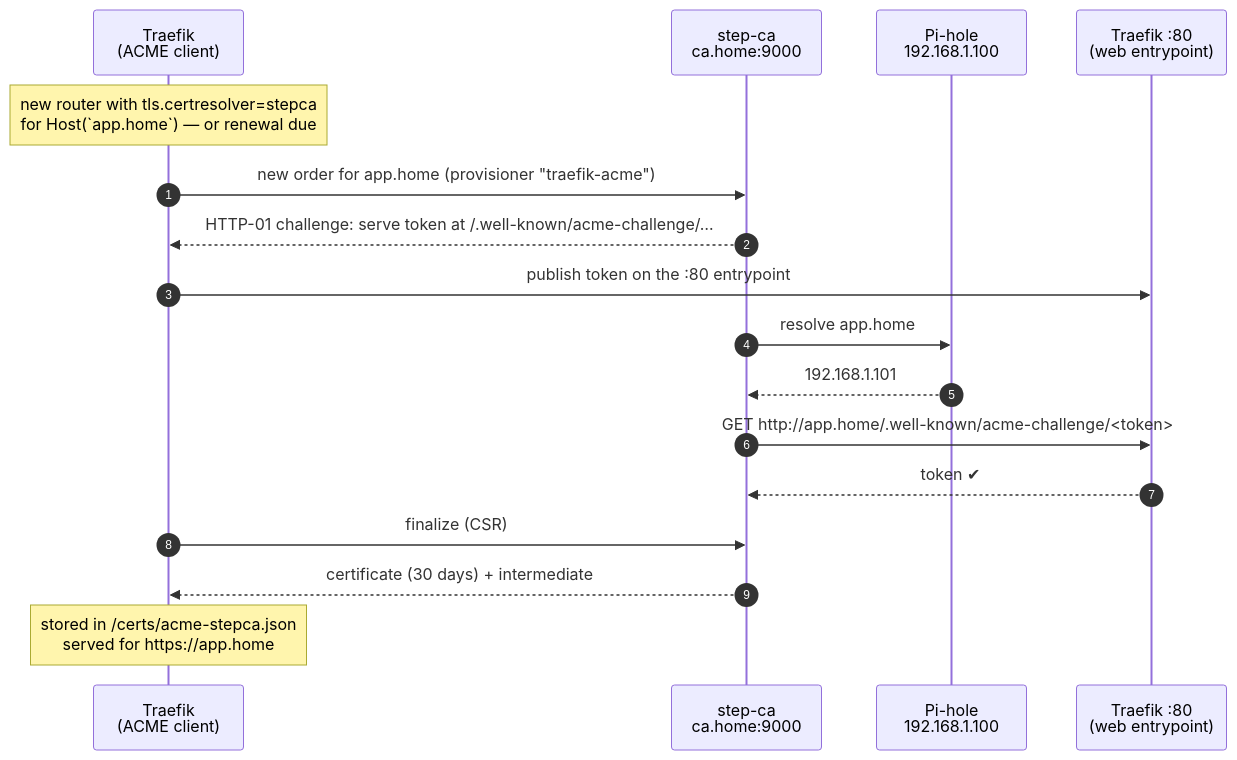
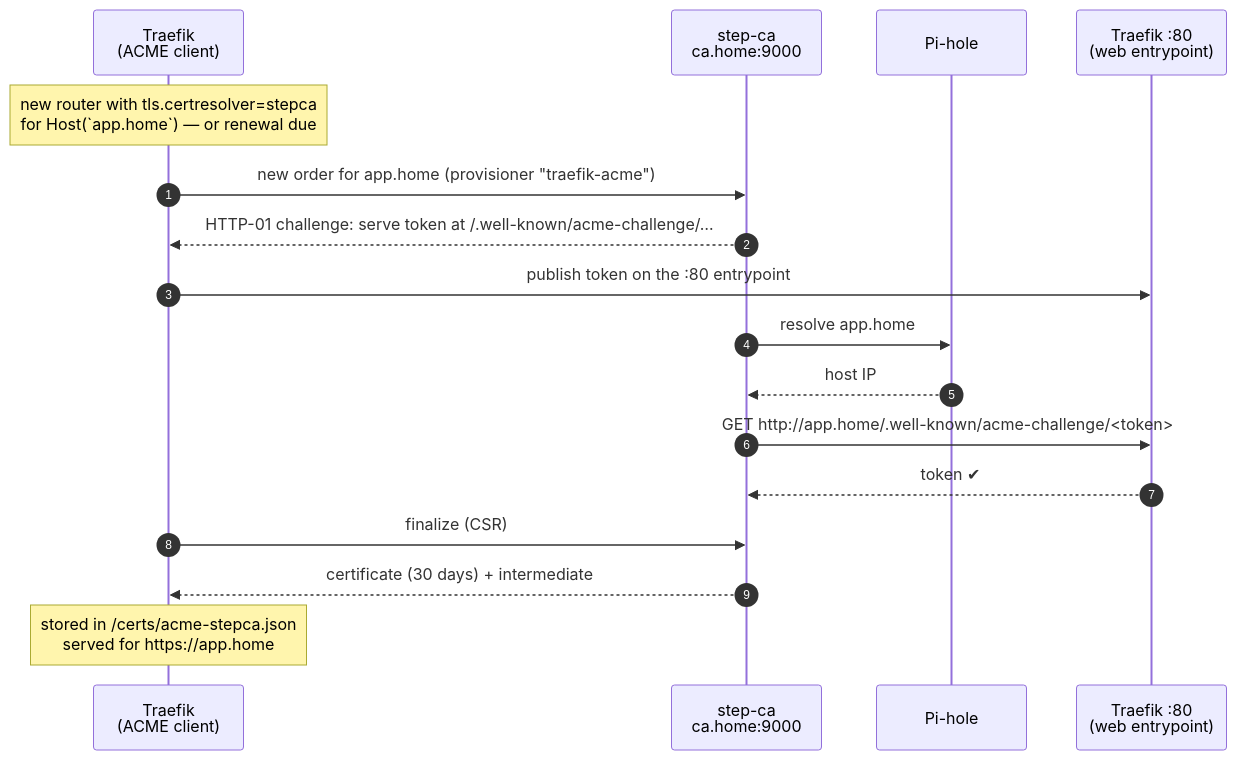
The second of 2 diagrams in docs/tls.md (xabim/homelab), drawn with Mermaid before and after one commit. The commit also changed other lines of this file and 7 other files, not shown here.

````diff
--- a/docs/tls.md
+++ b/docs/tls.md
@@ -55,20 +55,20 @@
 ```mermaid
 sequenceDiagram
     autonumber
     participant T as Traefik<br/>(ACME client)
     participant S as step-ca<br/>ca.home:9000
-    participant D as Pi-hole<br/>192.168.1.100
+    participant D as Pi-hole
     participant W as Traefik :80<br/>(web entrypoint)
 
     Note over T: new router with tls.certresolver=stepca<br/>for Host(`app.home`) — or renewal due
     T->>S: new order for app.home (provisioner "traefik-acme")
     S-->>T: HTTP-01 challenge: serve token at /.well-known/acme-challenge/…
     T->>W: publish token on the :80 entrypoint
     S->>D: resolve app.home
-    D-->>S: 192.168.1.101
+    D-->>S: host IP
     S->>W: GET http://app.home/.well-known/acme-challenge/<token>
     W-->>S: token ✔
     T->>S: finalize (CSR)
     S-->>T: certificate (30 days) + intermediate
     Note over T: stored in /certs/acme-stepca.json<br/>served for https://app.home
 ```
````
